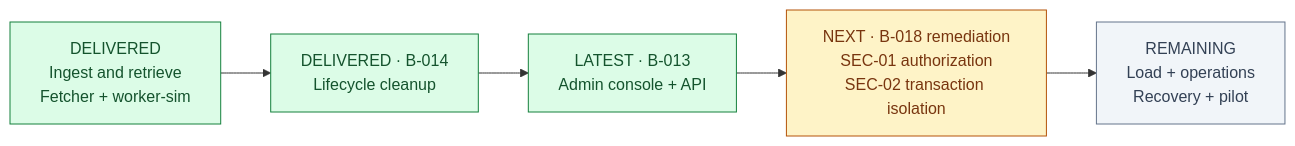
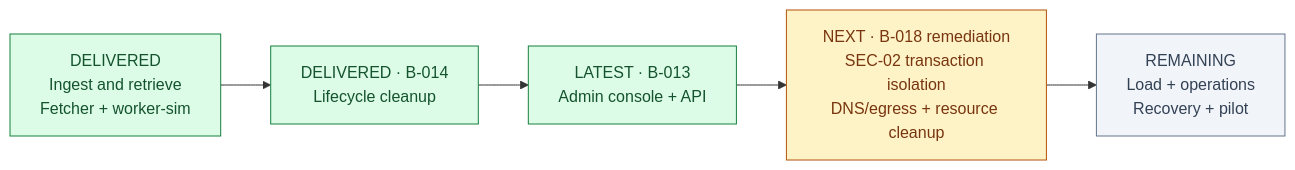
The second of 2 diagrams in docs/OVERVIEW.md (mezanno/prototype_cache), drawn with Mermaid before and after one commit. The commit also changed other lines of this file and 51 other files, not shown here.

````diff
--- a/docs/OVERVIEW.md
+++ b/docs/OVERVIEW.md
@@ -104,14 +104,14 @@
 ```mermaid
 flowchart LR
     core["DELIVERED<br/>Ingest and retrieve<br/>Fetcher + worker-sim"]
     lifecycle["DELIVERED · B-014<br/>Lifecycle cleanup"]
     admin["LATEST · B-013<br/>Admin console + API"]
-    security["NEXT · B-018 remediation<br/>SEC-01 authorization<br/>SEC-02 transaction isolation"]
+    security["NEXT · B-018 remediation<br/>SEC-02 transaction isolation<br/>DNS/egress + resource cleanup"]
     readiness["REMAINING<br/>Load + operations<br/>Recovery + pilot"]
     core --> lifecycle --> admin --> security --> readiness
     style core fill:#dcfce7,stroke:#15803d,color:#14532d
     style lifecycle fill:#dcfce7,stroke:#15803d,color:#14532d
     style admin fill:#dcfce7,stroke:#15803d,color:#14532d
     style security fill:#fef3c7,stroke:#b45309,color:#78350f
     style readiness fill:#f1f5f9,stroke:#64748b,color:#334155
 ```
````
